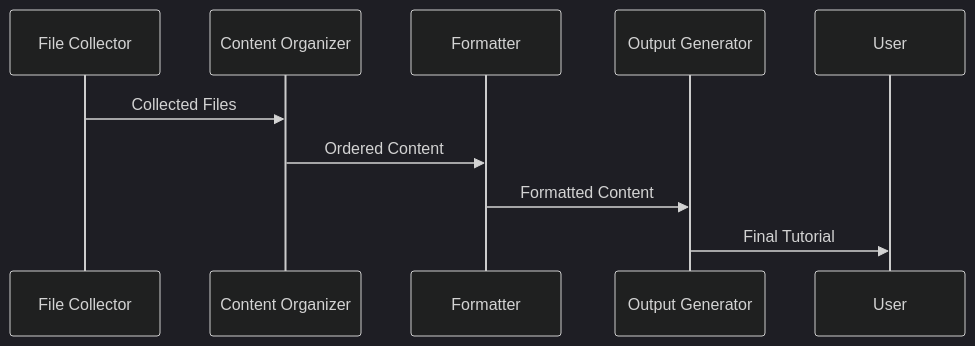
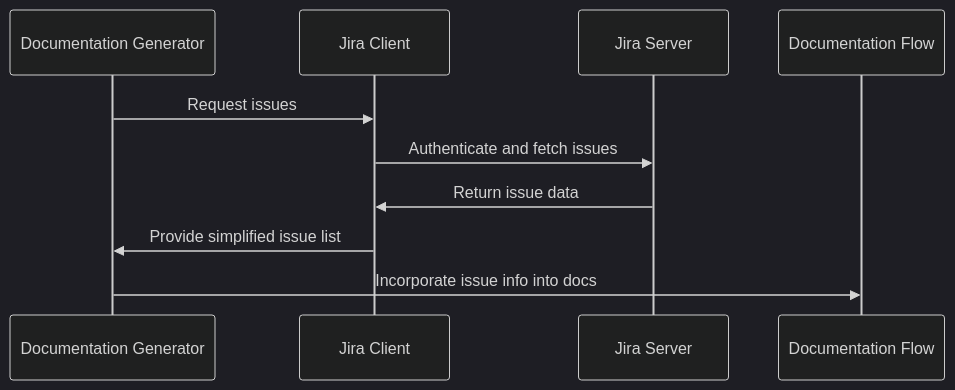
One commit to dygavieta/NewRepo changed the eighth of 9 diagrams in README.md. Above: the diagram before and after it, drawn with Mermaid (dark theme). The commit also changed other lines of this file, not shown here.

````diff
--- a/README.md
+++ b/README.md
@@ -722,13 +720,13 @@
 ```mermaid
 sequenceDiagram
-    participant FC as File Collector
-    participant CO as Content Organizer
-    participant FO as Formatter
-    participant OG as Output Generator
-    participant User
+    participant DG as Documentation Generator
+    participant JC as Jira Client
+    participant JS as Jira Server
+    participant DF as Documentation Flow
 
-    FC->>CO: Collected Files
-    CO->>FO: Ordered Content
-    FO->>OG: Formatted Content
-    OG->>User: Final Tutorial
+    DG->>JC: Request issues
+    JC->>JS: Authenticate and fetch issues
+    JS->>JC: Return issue data
+    JC->>DG: Provide simplified issue list
+    DG->>DF: Incorporate issue info into docs
 ```
````
